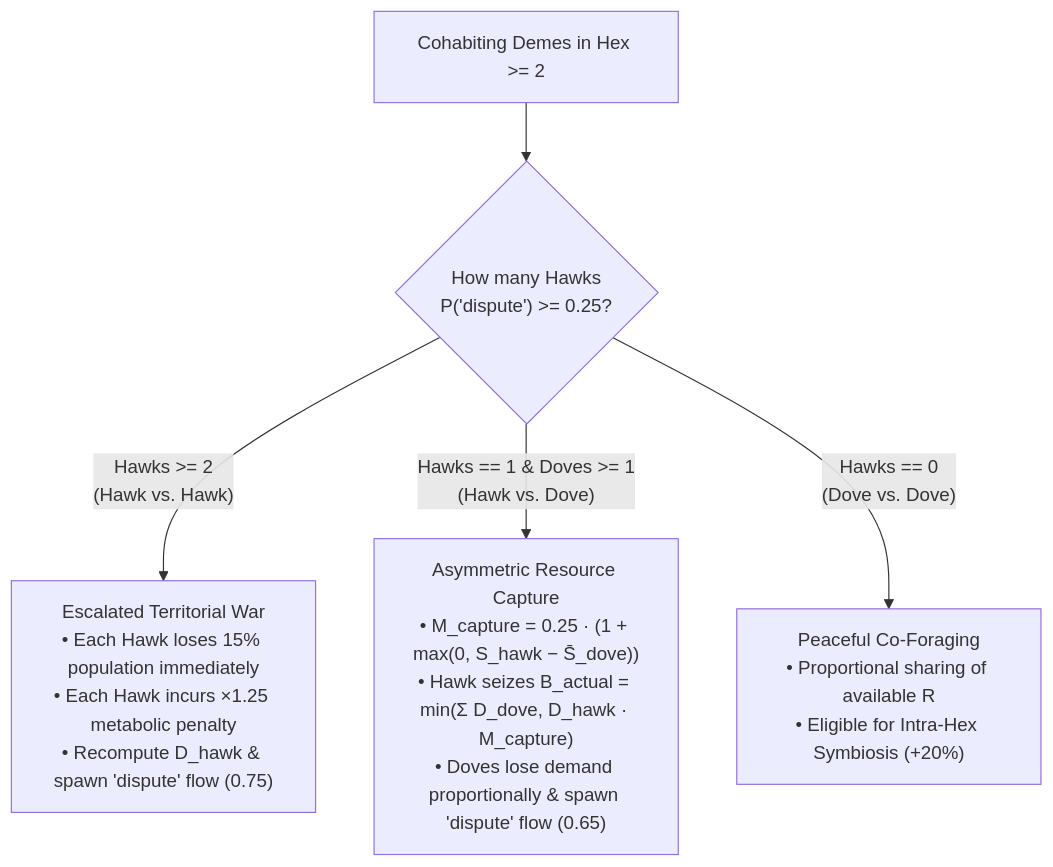
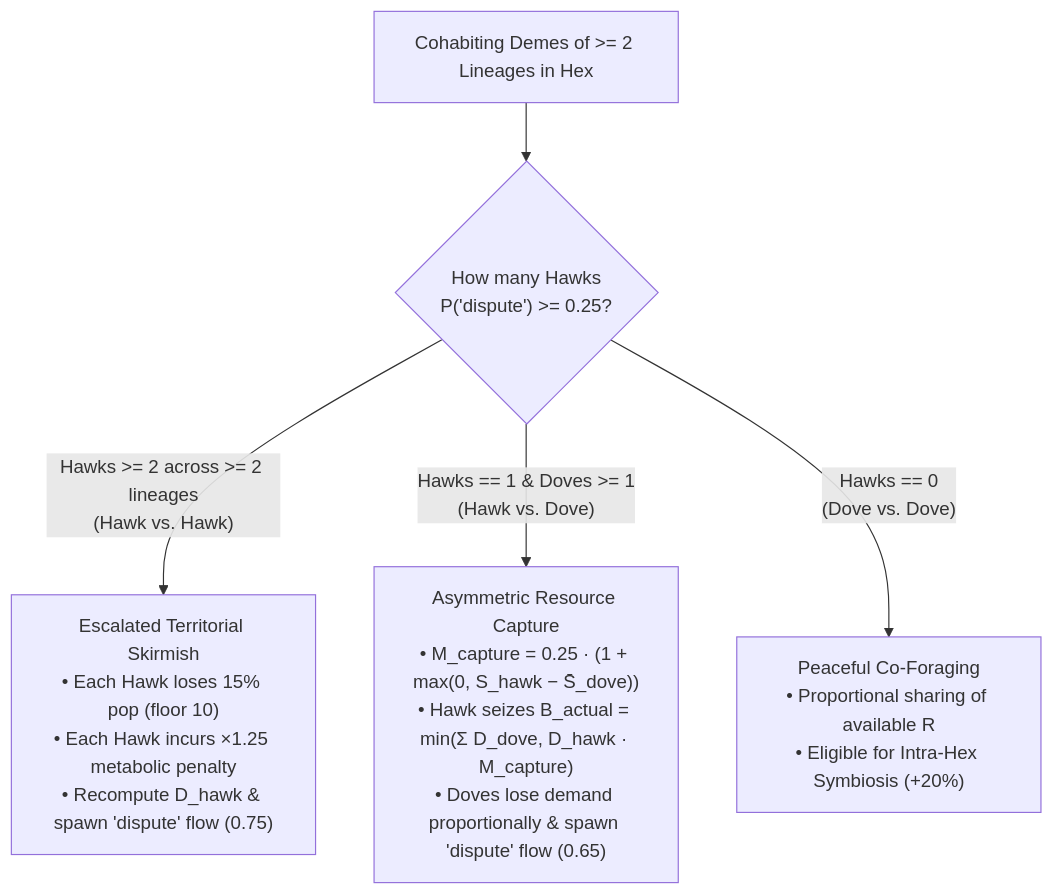
The second of 2 diagrams in gh-pages/turn_iterations_mechanics.md (arrase/Evolution), drawn with Mermaid before and after one commit. The commit also changed other lines of this file and 47 other files, not shown here.

````diff
--- a/gh-pages/turn_iterations_mechanics.md
+++ b/gh-pages/turn_iterations_mechanics.md
@@ -66,7 +66,7 @@
 ```mermaid
 flowchart TD
-    Cohabit["Cohabiting Demes in Hex >= 2"] --> CountHawks{"How many Hawks\nP('dispute') >= 0.25?"}
-    CountHawks -- "Hawks >= 2\n(Hawk vs. Hawk)" --> HH["Escalated Territorial War\n• Each Hawk loses 15% population immediately\n• Each Hawk incurs ×1.25 metabolic penalty\n• Recompute D_hawk & spawn 'dispute' flow (0.75)"]
+    Cohabit["Cohabiting Demes of >= 2 Lineages in Hex"] --> CountHawks{"How many Hawks\nP('dispute') >= 0.25?"}
+    CountHawks -- "Hawks >= 2 across >= 2 lineages\n(Hawk vs. Hawk)" --> HH["Escalated Territorial Skirmish\n• Each Hawk loses 15% pop (floor 10)\n• Each Hawk incurs ×1.25 metabolic penalty\n• Recompute D_hawk & spawn 'dispute' flow (0.75)"]
     CountHawks -- "Hawks == 1 & Doves >= 1\n(Hawk vs. Dove)" --> HD["Asymmetric Resource Capture\n• M_capture = 0.25 · (1 + max(0, S_hawk − S̄_dove))\n• Hawk seizes B_actual = min(Σ D_dove, D_hawk · M_capture)\n• Doves lose demand proportionally & spawn 'dispute' flow (0.65)"]
     CountHawks -- "Hawks == 0\n(Dove vs. Dove)" --> DD["Peaceful Co-Foraging\n• Proportional sharing of available R\n• Eligible for Intra-Hex Symbiosis (+20%)"]
 ```
````
